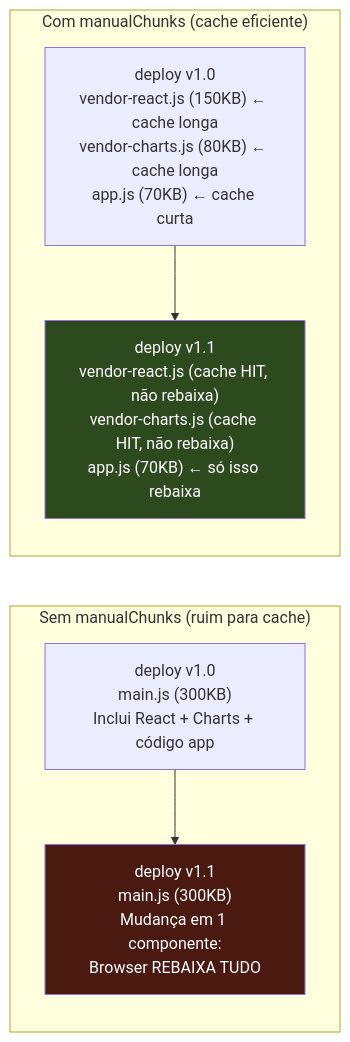
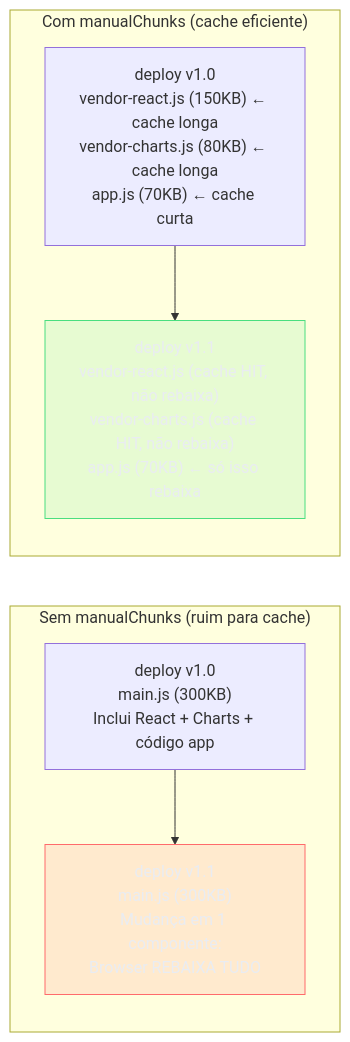
One commit to josenaldo/codex-technomanticus changed the fifth of 8 diagrams in 03-Dominios/Tecnologia/Tooling e Build/17 - Otimização de bundle.md. Above: the diagram before and after it, drawn with Mermaid. The commit also changed other lines of this file and 1181 other files, not shown here.

First line of the commit message:
fix(diagramas): paleta do sistema no lugar de cor cravada no markdown

````diff
--- a/03-Dominios/Tecnologia/Tooling e Build/17 - Otimização de bundle.md
+++ b/03-Dominios/Tecnologia/Tooling e Build/17 - Otimização de bundle.md
@@ -505,17 +512,19 @@
 ```mermaid
 graph LR
+    classDef falha fill:#FF6B6B24,stroke:#FF6B6B,color:#E9ECF2
+    classDef ok fill:#4ADE8021,stroke:#4ADE80,color:#E9ECF2
     subgraph "Sem manualChunks (ruim para cache)"
         B1["deploy v1.0\nmain.js (300KB)\nInclui React + Charts + código app"]
         B2["deploy v1.1\nmain.js (300KB)\nMudança em 1 componente:\nBrowser REBAIXA TUDO"]
         B1 --> B2
     end
 
     subgraph "Com manualChunks (cache eficiente)"
         C1["deploy v1.0\nvendor-react.js (150KB) ← cache longa\nvendor-charts.js (80KB) ← cache longa\napp.js (70KB) ← cache curta"]
         C2["deploy v1.1\nvendor-react.js (cache HIT, não rebaixa)\nvendor-charts.js (cache HIT, não rebaixa)\napp.js (70KB) ← só isso rebaixa"]
         C1 --> C2
     end
 
-    style B2 fill:#4a1a10,color:#fff
-    style C2 fill:#2d4a1e,color:#fff
+    class B2 falha
+    class C2 ok
 ```
````
